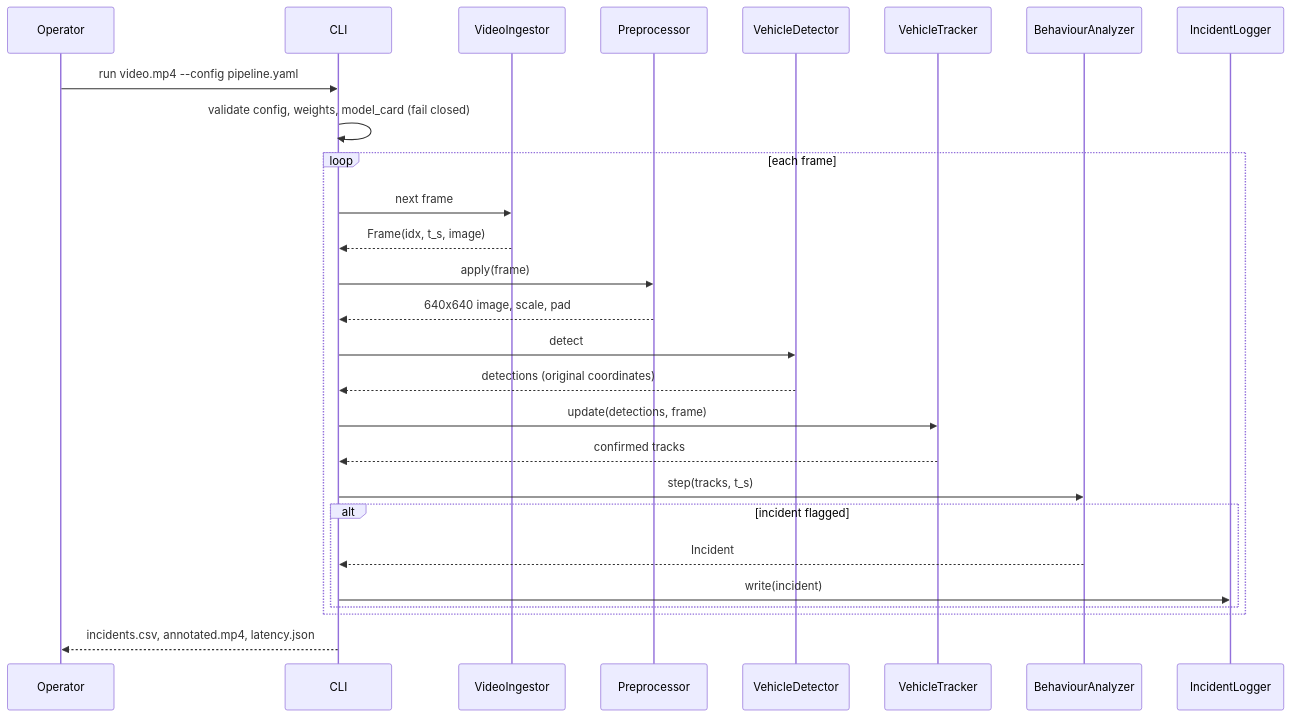
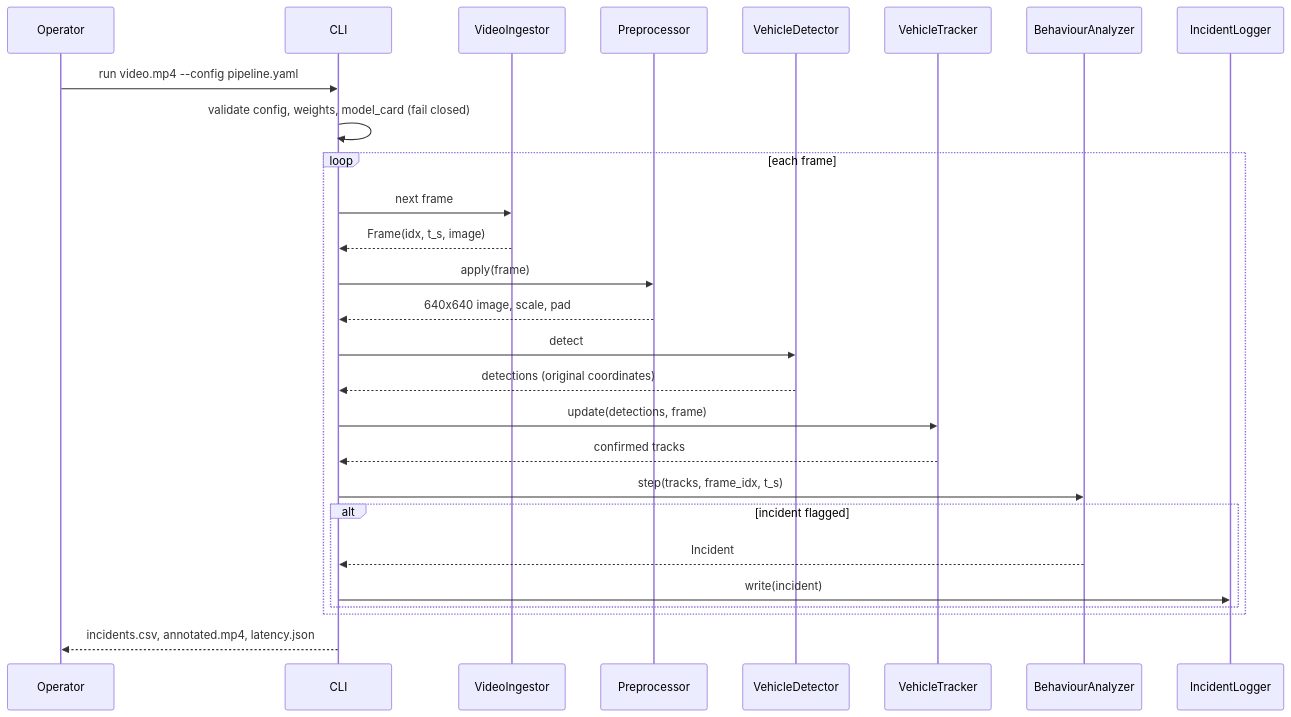
The third of 4 diagrams in docs/02_ARCHITECTURE_AND_RULES.md (dilconkihoro/traffic-incident-detection-public), drawn with Mermaid before and after one commit. The commit also changed other lines of this file and 27 other files, not shown here.

````diff
--- a/docs/02_ARCHITECTURE_AND_RULES.md
+++ b/docs/02_ARCHITECTURE_AND_RULES.md
@@ -211,29 +221,29 @@
 ```mermaid
 sequenceDiagram
     participant U as Operator
     participant CLI as CLI
     participant IN as VideoIngestor
     participant PP as Preprocessor
     participant DT as VehicleDetector
     participant TR as VehicleTracker
     participant BA as BehaviourAnalyzer
     participant LG as IncidentLogger
     U->>CLI: run video.mp4 --config pipeline.yaml
     CLI->>CLI: validate config, weights, model_card (fail closed)
     loop each frame
         CLI->>IN: next frame
         IN-->>CLI: Frame(idx, t_s, image)
         CLI->>PP: apply(frame)
         PP-->>CLI: 640x640 image, scale, pad
         CLI->>DT: detect
         DT-->>CLI: detections (original coordinates)
         CLI->>TR: update(detections, frame)
         TR-->>CLI: confirmed tracks
-        CLI->>BA: step(tracks, t_s)
+        CLI->>BA: step(tracks, frame_idx, t_s)
         alt incident flagged
             BA-->>CLI: Incident
             CLI->>LG: write(incident)
         end
     end
     CLI-->>U: incidents.csv, annotated.mp4, latency.json
 ```
````
